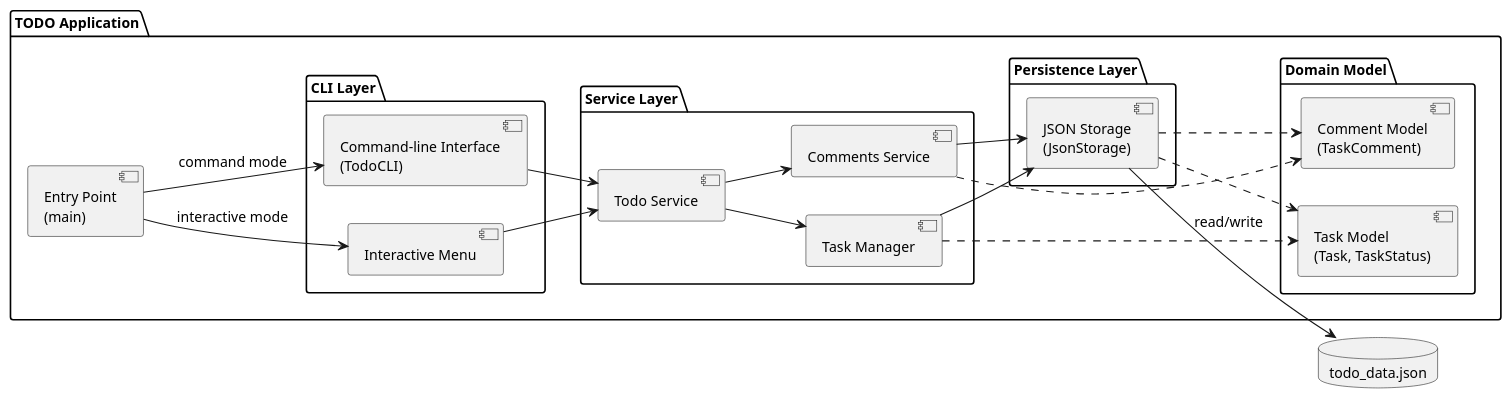
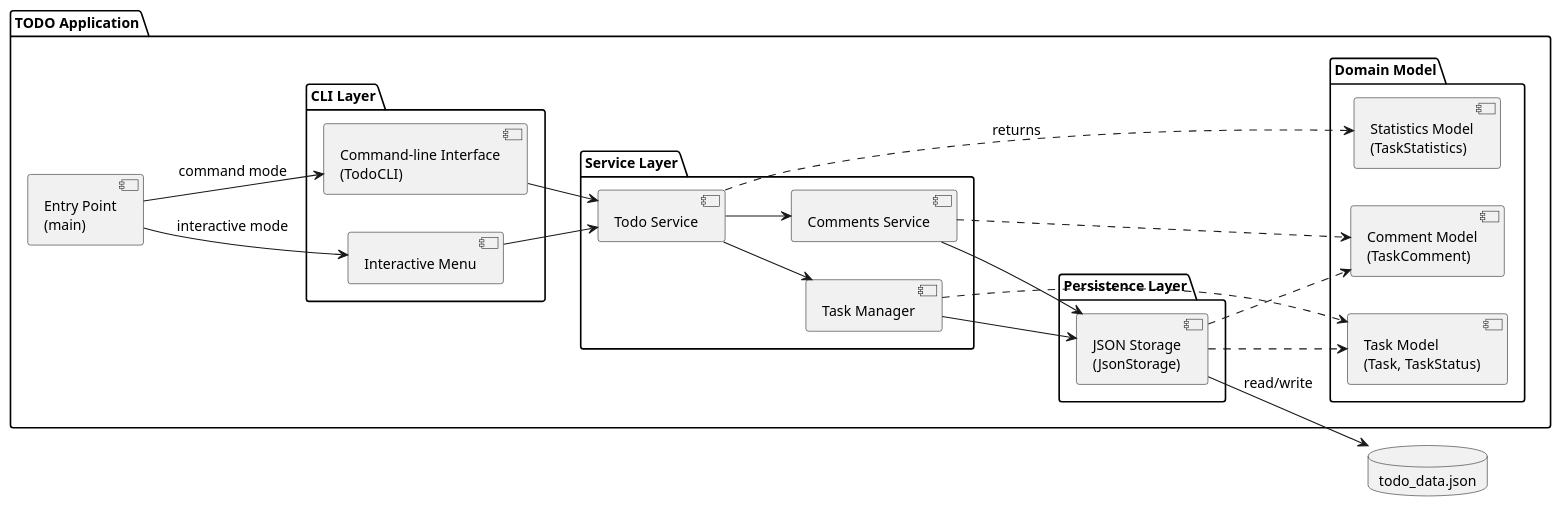
The diagram in experiments/supervisor_as_tools/structured_text/TODO/artifacts/component_diagram.puml (DanielRiha8906/Software_autoevolution_using_agents), drawn with PlantUML before and after one commit. The commit also changed 9 other files, not shown here.

```diff
--- a/experiments/supervisor_as_tools/structured_text/TODO/artifacts/component_diagram.puml
+++ b/experiments/supervisor_as_tools/structured_text/TODO/artifacts/component_diagram.puml
@@ -1,52 +1,54 @@
 @startuml component_diagram
 
 skinparam componentStyle uml2
 skinparam defaultFontSize 13
 
 left to right direction
 
 package "TODO Application" {
 
     component "Entry Point\n(main)" as Main
 
     package "CLI Layer" {
         component "Interactive Menu" as IM
         component "Command-line Interface\n(TodoCLI)" as CLI
     }
 
     package "Service Layer" {
         component "Todo Service" as SVC
         component "Task Manager" as MGR
         component "Comments Service" as COM
     }
 
     package "Domain Model" {
         component "Task Model\n(Task, TaskStatus)" as Model
         component "Comment Model\n(TaskComment)" as CommentModel
+        component "Statistics Model\n(TaskStatistics)" as StatsModel
     }
 
     package "Persistence Layer" {
         component "JSON Storage\n(JsonStorage)" as Storage
     }
 }
 
 database "todo_data.json" as DB
 
 Main --> IM : interactive mode
 Main --> CLI : command mode
 
 IM --> SVC
 CLI --> SVC
 
 SVC --> MGR
 SVC --> COM
+SVC ..> StatsModel : returns
 MGR --> Storage
 MGR ..> Model
 COM --> Storage
 COM ..> CommentModel
 Storage ..> Model
 Storage ..> CommentModel
 
 Storage --> DB : read/write
 
 @enduml
```
